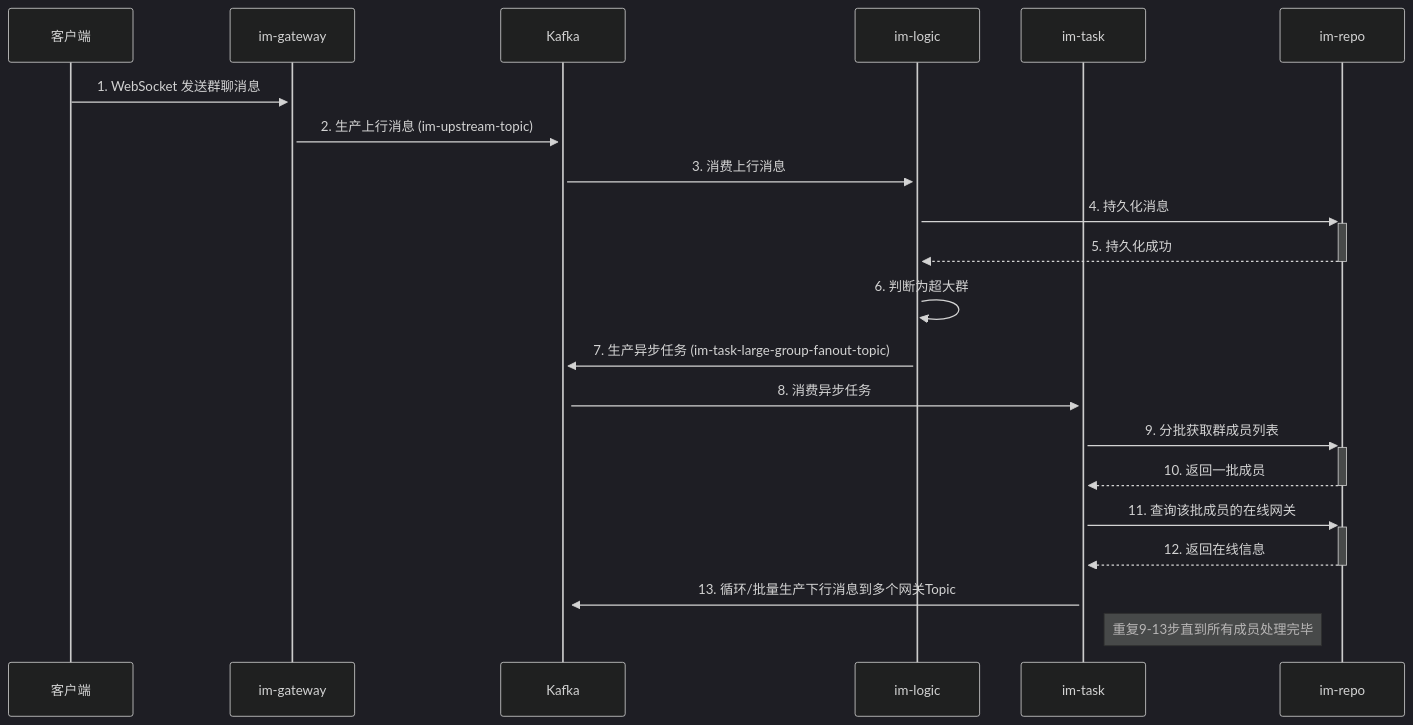
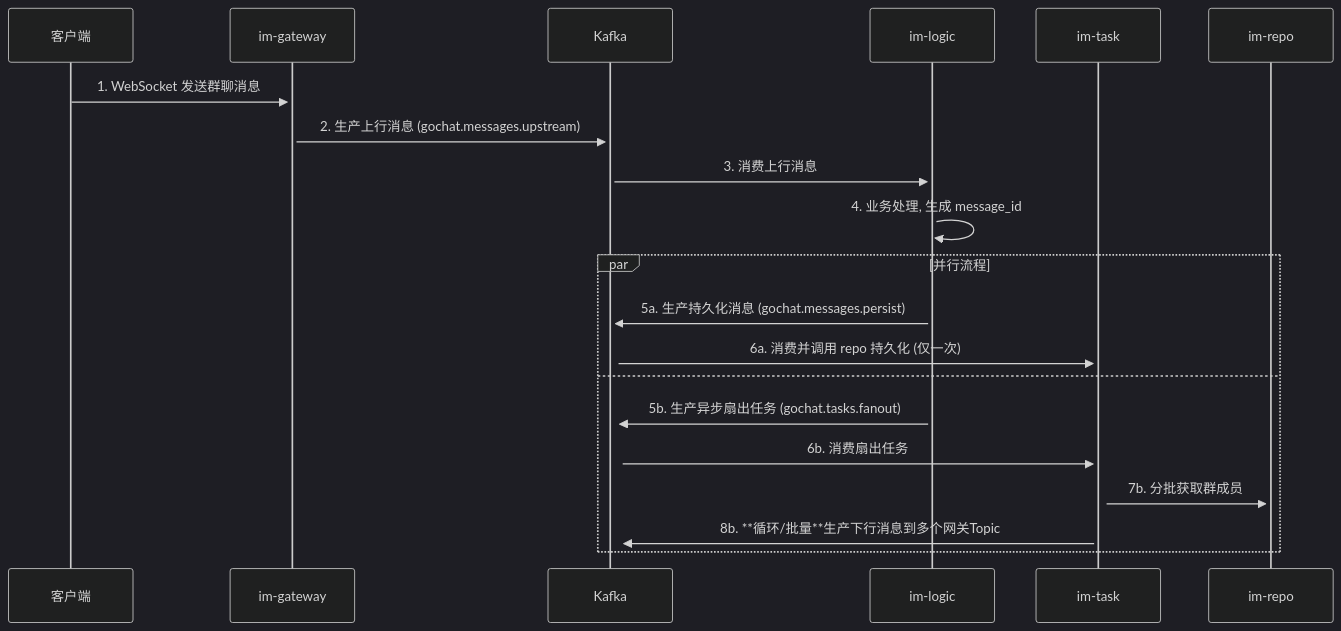
Before and after one commit to ceyewan/gochat: the fourth of 4 diagrams in docs/01_architecture/02_dataflow.md, drawn with Mermaid (dark theme). The commit also changed other lines of this file and 19 other files, not shown here.

````diff
--- a/docs/01_architecture/02_dataflow.md
+++ b/docs/01_architecture/02_dataflow.md
@@ -105,27 +93,25 @@
 ```mermaid
 sequenceDiagram
     participant Client as 客户端
     participant Gateway as im-gateway
     participant Kafka as Kafka
     participant Logic as im-logic
     participant Task as im-task
     participant Repo as im-repo
 
     Client->>+Gateway: 1. WebSocket 发送群聊消息
-    Gateway->>+Kafka: 2. 生产上行消息 (im-upstream-topic)
+    Gateway->>+Kafka: 2. 生产上行消息 (gochat.messages.upstream)
 
     Kafka->>+Logic: 3. 消费上行消息
-    Logic->>+Repo: 4. 持久化消息
-    Repo-->>-Logic: 5. 持久化成功
+    Logic->>Logic: 4. 业务处理, 生成 message_id
+    par 并行流程
+        Logic->>+Kafka: 5a. 生产持久化消息 (gochat.messages.persist)
+        Kafka->>+Task: 6a. 消费并调用 repo 持久化 (仅一次)
 
-    Logic->>Logic: 6. 判断为超大群
-    Logic->>+Kafka: 7. 生产异步任务 (im-task-large-group-fanout-topic)
-
-    Kafka->>+Task: 8. 消费异步任务
-    Task->>+Repo: 9. 分批获取群成员列表
-    Repo-->>-Task: 10. 返回一批成员
-    Task->>+Repo: 11. 查询该批成员的在线网关
-    Repo-->>-Task: 12. 返回在线信息
-    Task->>+Kafka: 13. 循环/批量生产下行消息到多个网关Topic
-    Note right of Task: 重复9-13步直到所有成员处理完毕
+    and
+        Logic->>+Kafka: 5b. 生产异步扇出任务 (gochat.tasks.fanout)
+        Kafka->>+Task: 6b. 消费扇出任务
+        Task->>+Repo: 7b. 分批获取群成员
+        Task->>+Kafka: 8b. **循环/批量**生产下行消息到多个网关Topic
+    end
 ```
````
